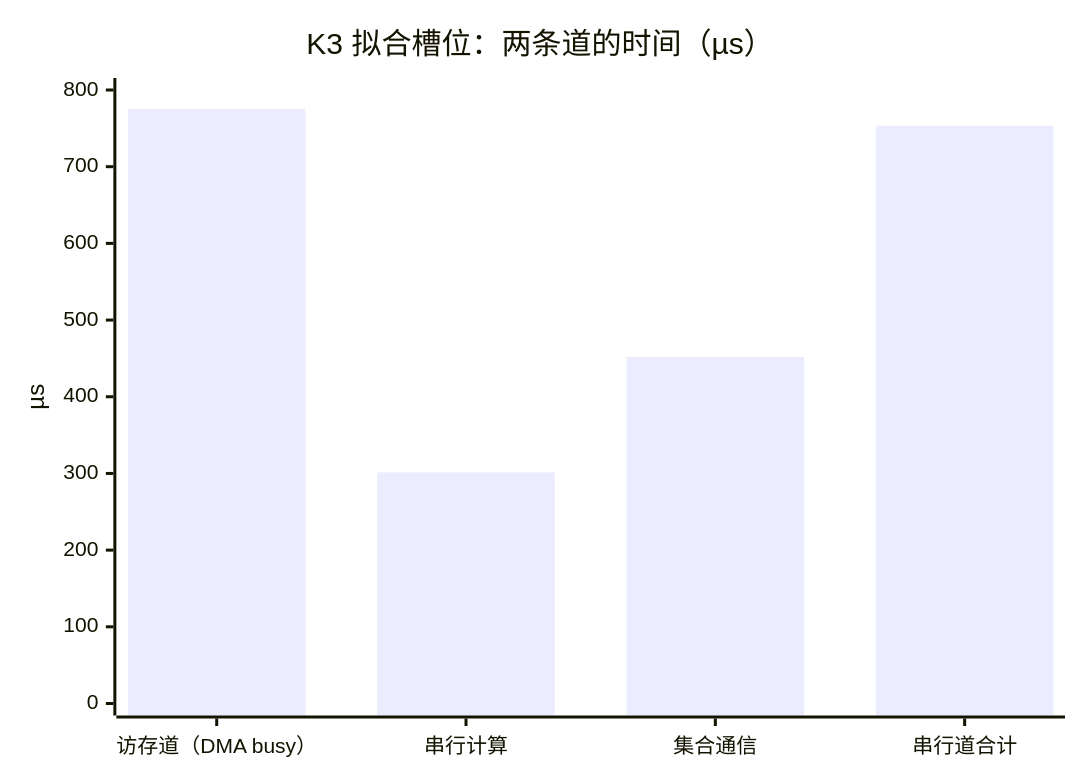
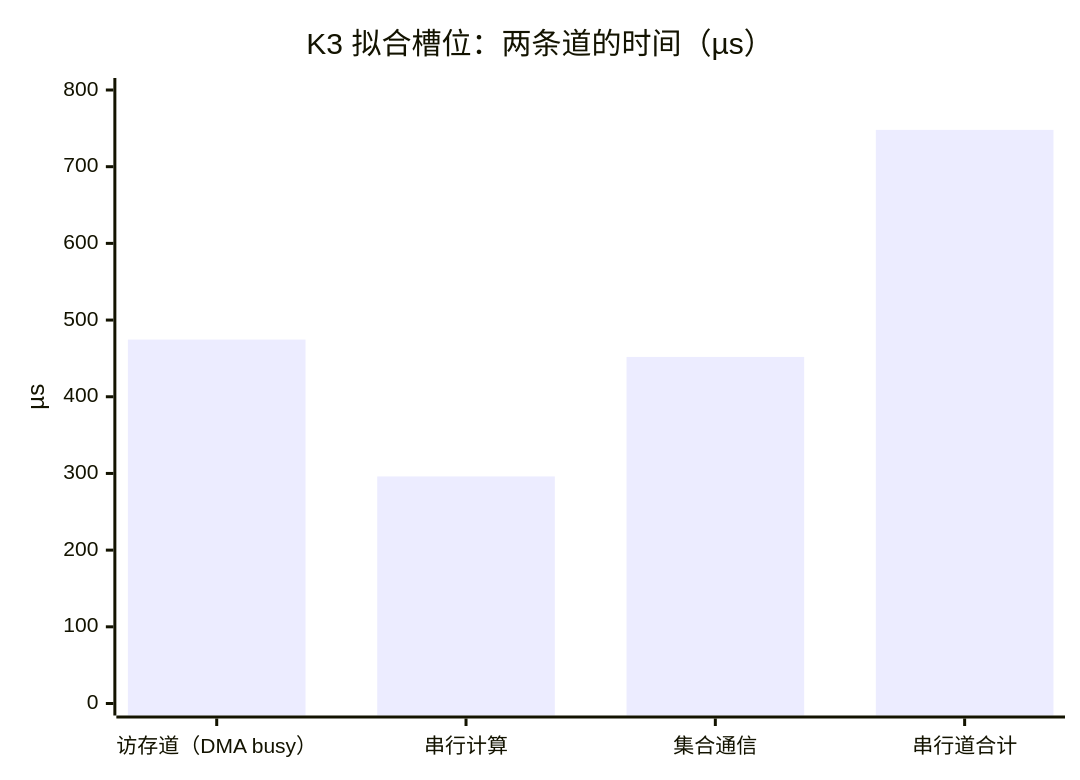
One commit to xqdan/xihu changed the fourth of 4 diagrams in teams/model/docs/deployment/OPERATOR_LEDGER.md. Above: the diagram before and after it, drawn with Mermaid. The commit also changed other lines of this file and 36 other files, not shown here.

````diff
--- a/teams/model/docs/deployment/OPERATOR_LEDGER.md
+++ b/teams/model/docs/deployment/OPERATOR_LEDGER.md
@@ -166,7 +166,7 @@
 ```mermaid
 xychart-beta
   title "K3 拟合槽位：两条道的时间（µs）"
   x-axis ["访存道（DMA busy）", "串行计算", "集合通信", "串行道合计"]
   y-axis "µs" 0 --> 800
-  bar [775.30, 301.45, 451.95, 753.40]
+  bar [474.57, 296.07, 451.95, 748.02]
 ```
````
